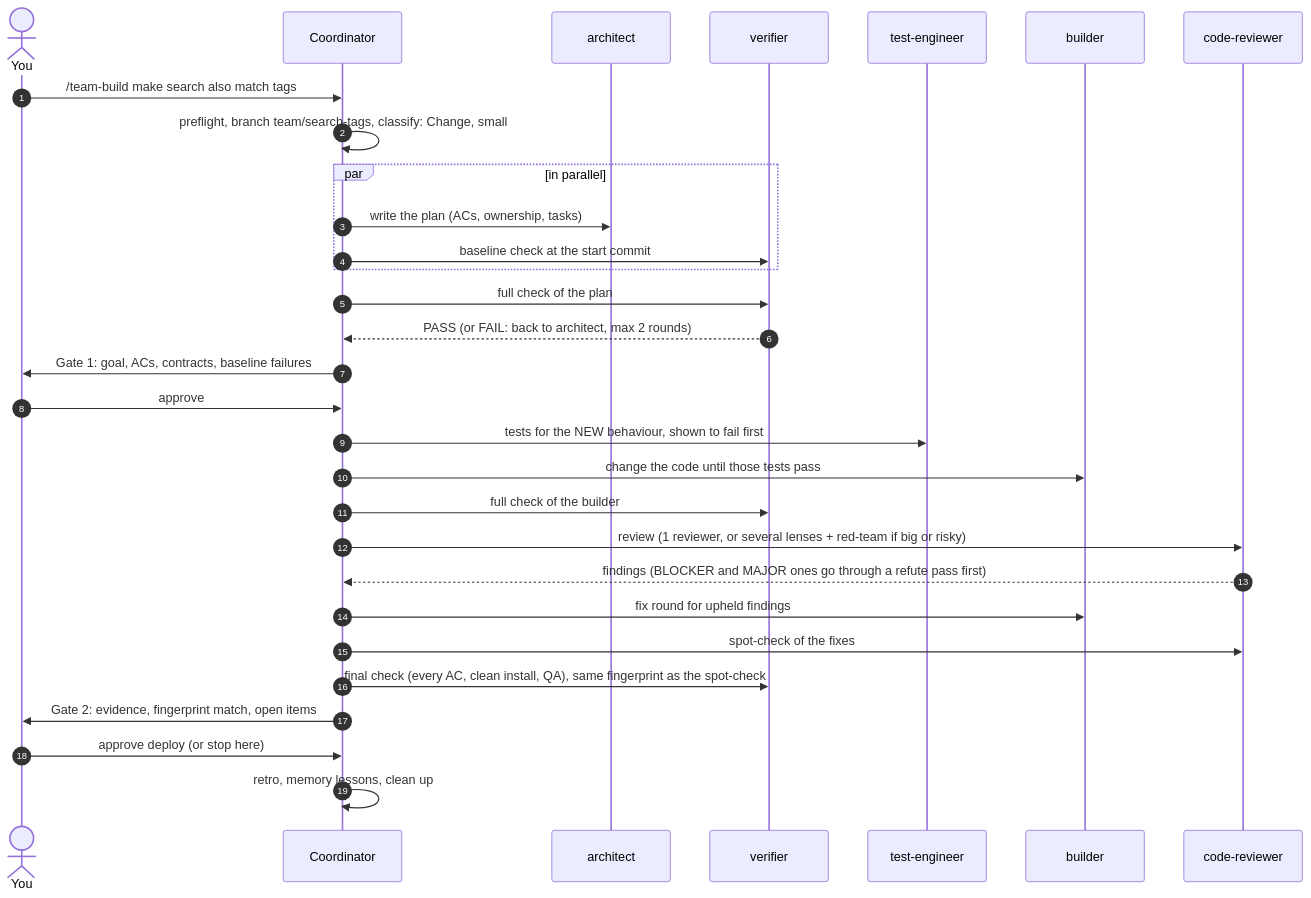
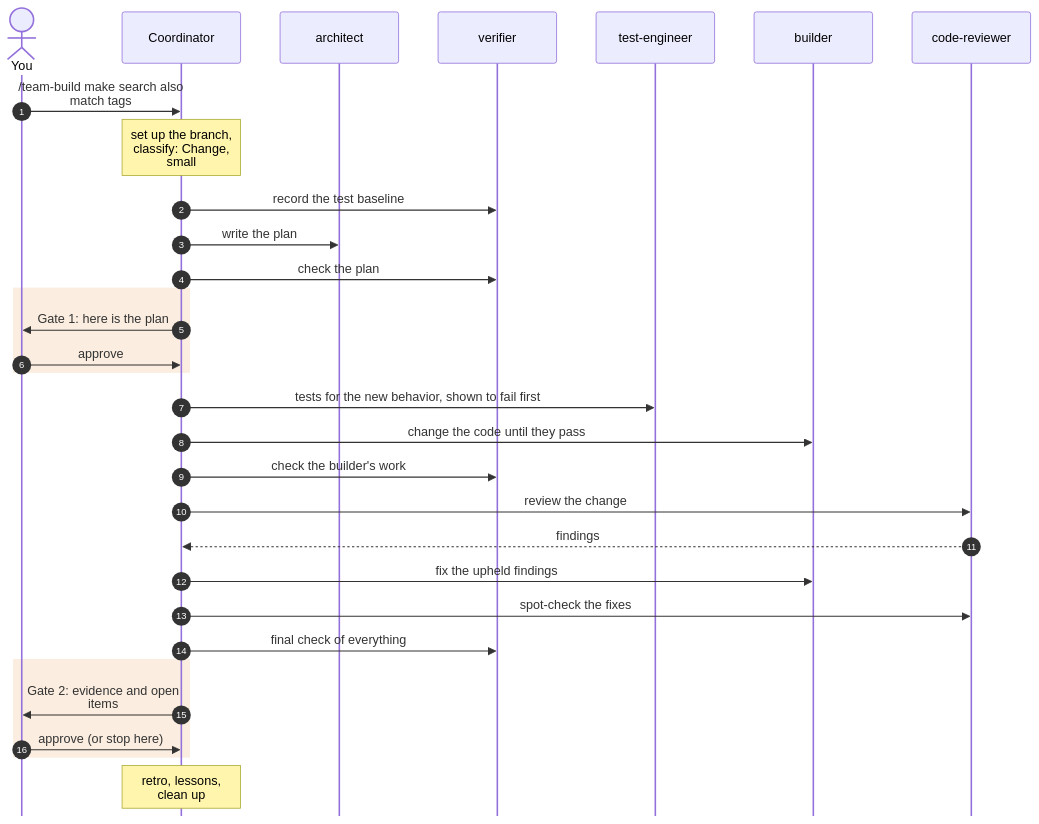
Before and after one commit to suryas91/claude-skills: the second of 2 diagrams in docs/how-it-works.md, drawn with Mermaid. The commit also changed other lines of this file and 31 other files, not shown here.

First line of the commit message:
Docs review round 1: fix installer bugs, accuracy, visuals and readability

````diff
--- a/docs/how-it-works.md
+++ b/docs/how-it-works.md
@@ -98,32 +97,34 @@
 ```mermaid
+%%{init: {'sequence': {'mirrorActors': false, 'wrap': true}}}%%
 sequenceDiagram
     autonumber
     actor You
     participant C as Coordinator
     participant A as architect
     participant V as verifier
     participant T as test-engineer
     participant B as builder
     participant R as code-reviewer
     You->>C: /team-build make search also match tags
-    C->>C: preflight, branch team/search-tags, classify: Change, small
-    par in parallel
-        C->>A: write the plan (ACs, ownership, tasks)
-        C->>V: baseline check at the start commit
+    Note over C: set up the branch, classify: Change, small
+    C->>V: record the test baseline
+    C->>A: write the plan
+    C->>V: check the plan
+    rect rgba(217, 119, 6, 0.12)
+    C->>You: Gate 1: here is the plan
+    You->>C: approve
     end
-    C->>V: full check of the plan
-    V-->>C: PASS (or FAIL: back to architect, max 2 rounds)
-    C->>You: Gate 1: goal, ACs, contracts, baseline failures
-    You->>C: approve
-    C->>T: tests for the NEW behaviour, shown to fail first
-    C->>B: change the code until those tests pass
-    C->>V: full check of the builder
-    C->>R: review (1 reviewer, or several lenses + red-team if big or risky)
-    R-->>C: findings (BLOCKER and MAJOR ones go through a refute pass first)
-    C->>B: fix round for upheld findings
-    C->>R: spot-check of the fixes
-    C->>V: final check (every AC, clean install, QA), same fingerprint as the spot-check
-    C->>You: Gate 2: evidence, fingerprint match, open items
-    You->>C: approve deploy (or stop here)
-    C->>C: retro, memory lessons, clean up
+    C->>T: tests for the new behavior, shown to fail first
+    C->>B: change the code until they pass
+    C->>V: check the builder's work
+    C->>R: review the change
+    R-->>C: findings
+    C->>B: fix the upheld findings
+    C->>R: spot-check the fixes
+    C->>V: final check of everything
+    rect rgba(217, 119, 6, 0.12)
+    C->>You: Gate 2: evidence and open items
+    You->>C: approve (or stop here)
+    end
+    Note over C: retro, lessons, clean up
 ```
````
